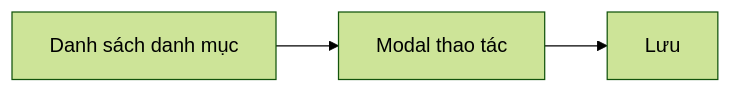
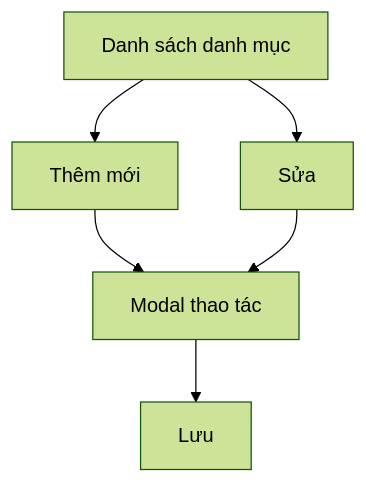
One commit to ldphu410/Analyze changed the diagram in Result/modules/quan-ly-danh-muc.md. Above: the diagram before and after it, drawn with Mermaid (forest theme). The commit also changed 8 other files, not shown here.

Commit message:
chore: Update module diagram

````diff
--- a/Result/modules/quan-ly-danh-muc.md
+++ b/Result/modules/quan-ly-danh-muc.md
@@ -61,5 +61,8 @@
 ```mermaid
-flowchart LR
-  List[Danh sách danh mục] --> Modal[Modal thao tác]
+flowchart TD
+  List[Danh sách danh mục] --> Add[Thêm mới]
+  List --> Edit[Sửa]
+  Add --> Modal[Modal thao tác]
+  Edit --> Modal
   Modal --> Save[Lưu]
 ```
````
